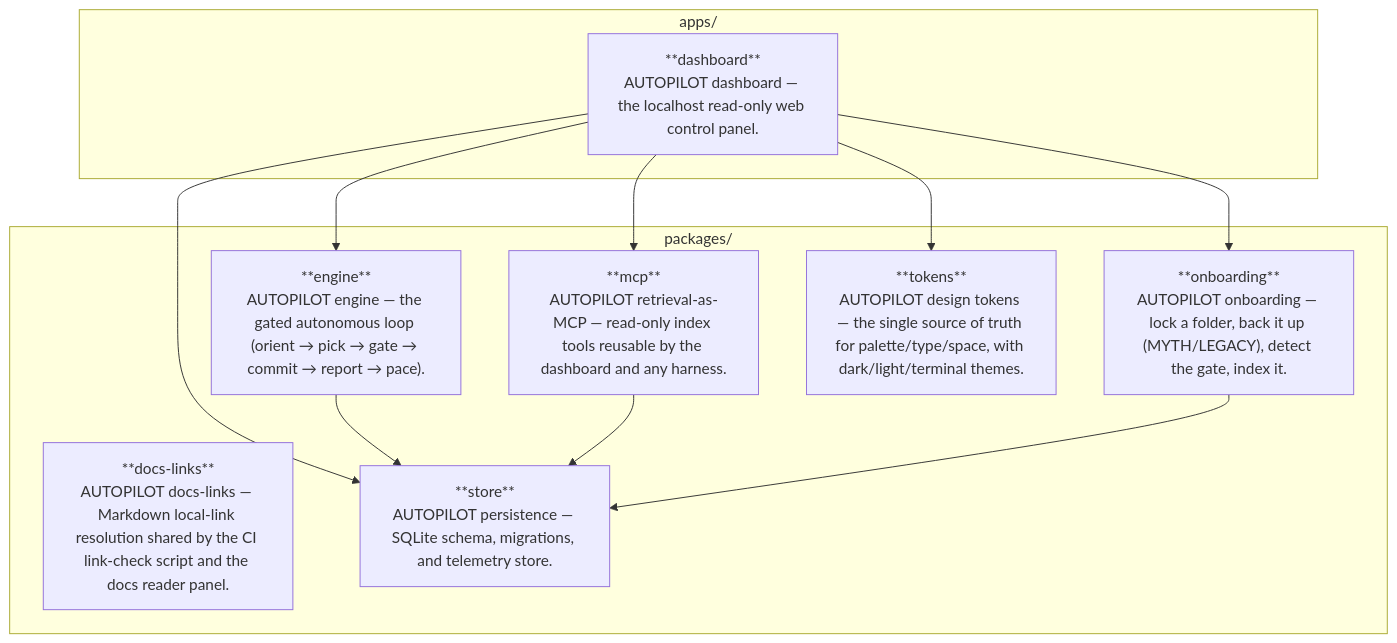
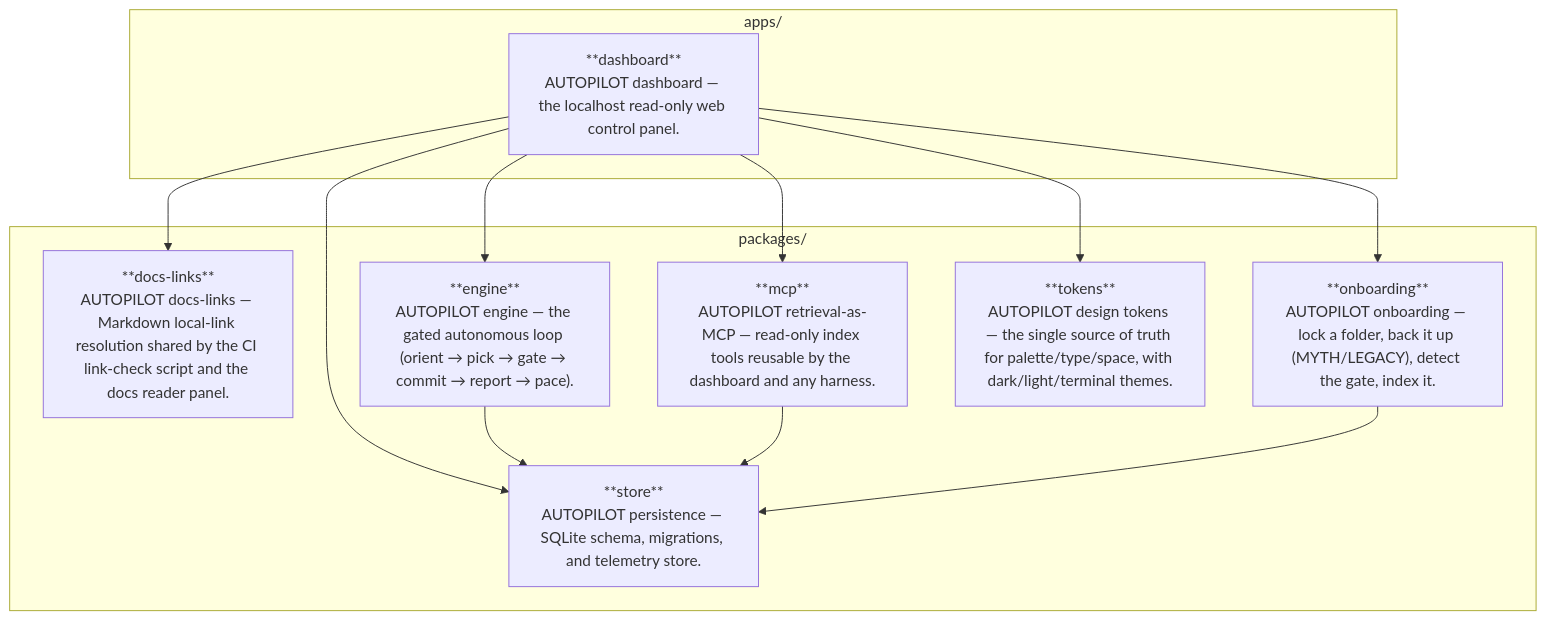
Before and after one commit to M-A-S-T-E-R-M-I-N-D/AUTOPILOT: the second of 2 diagrams in docs/ARCHITECTURE.md, drawn with Mermaid. The commit also changed other lines of this file, not shown here.

First line of the commit message:
docs(architecture): refresh the container diagram for the docs-links edge the round added

````diff
--- a/docs/ARCHITECTURE.md
+++ b/docs/ARCHITECTURE.md
@@ -43,22 +43,23 @@
 ```mermaid
 flowchart TD
   subgraph packages["packages/"]
     docs_links["**docs-links**<br/>AUTOPILOT docs-links — Markdown local-link resolution shared by the CI link-check script and the docs reader panel."]
     engine["**engine**<br/>AUTOPILOT engine — the gated autonomous loop (orient → pick → gate → commit → report → pace)."]
     mcp["**mcp**<br/>AUTOPILOT retrieval-as-MCP — read-only index tools reusable by the dashboard and any harness."]
     onboarding["**onboarding**<br/>AUTOPILOT onboarding — lock a folder, back it up (MYTH/LEGACY), detect the gate, index it."]
     store["**store**<br/>AUTOPILOT persistence — SQLite schema, migrations, and telemetry store."]
     tokens["**tokens**<br/>AUTOPILOT design tokens — the single source of truth for palette/type/space, with dark/light/terminal themes."]
   end
   subgraph apps["apps/"]
     dashboard["**dashboard**<br/>AUTOPILOT dashboard — the localhost read-only web control panel."]
   end
+  dashboard --> docs_links
   dashboard --> engine
   dashboard --> mcp
   dashboard --> onboarding
   dashboard --> store
   dashboard --> tokens
   engine --> store
   mcp --> store
   onboarding --> store
 ```
````
